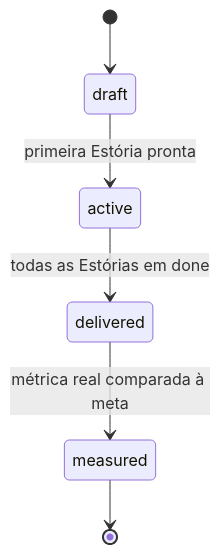
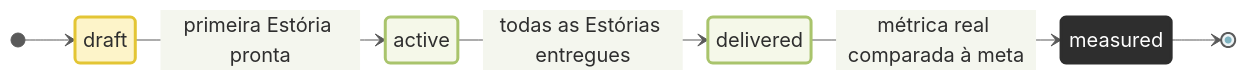
The fourth of 5 diagrams in workflow.md (diegolirio/workflow-ai-first), drawn with Mermaid before and after one commit. The commit also changed other lines of this file, not shown here.

````diff
--- a/workflow.md
+++ b/workflow.md
@@ -386,8 +417,18 @@
 ```mermaid
+%%{init: {"theme":"base","themeVariables":{"fontFamily":"Helvetica Neue, Helvetica, Arial, sans-serif","fontSize":"20px","lineColor":"#5A5A5A","primaryTextColor":"#2E2E2E","primaryColor":"#EEF4F6","primaryBorderColor":"#7FB3C0","labelBackgroundColor":"#FFFFFF"},"state":{"useMaxWidth":false,"nodeSpacing":70,"rankSpacing":90}}}%%
 stateDiagram-v2
+    direction LR
     [*] --> draft
     draft --> active: primeira Estória pronta
-    active --> delivered: todas as Estórias em done
+    active --> delivered: todas as Estórias entregues
     delivered --> measured: métrica real comparada à meta
     measured --> [*]
+
+    classDef aberto fill:#FDF4C9,stroke:#E3C534,stroke-width:3px,color:#2E2E2E
+    classDef andamento fill:#F5F8E9,stroke:#A9C46C,stroke-width:3px,color:#2E2E2E
+    classDef fechado fill:#2E2E2E,stroke:#2E2E2E,stroke-width:3px,color:#FFFFFF
+
+    class draft aberto
+    class active,delivered andamento
+    class measured fechado
 ```
````
